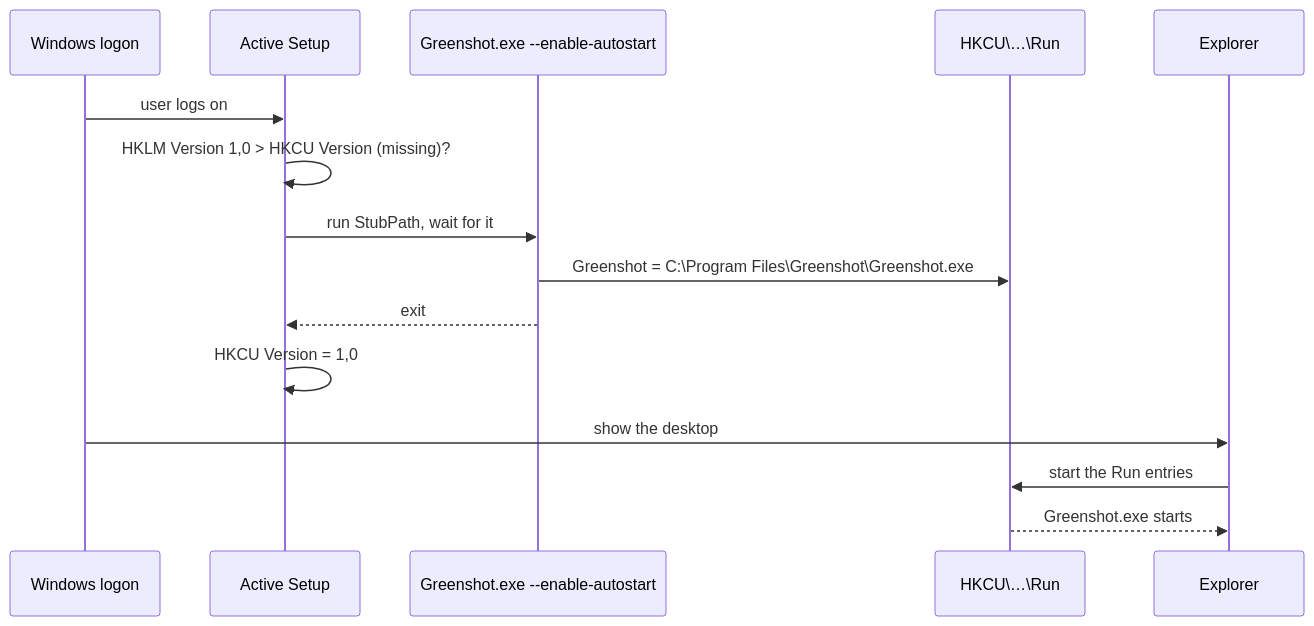
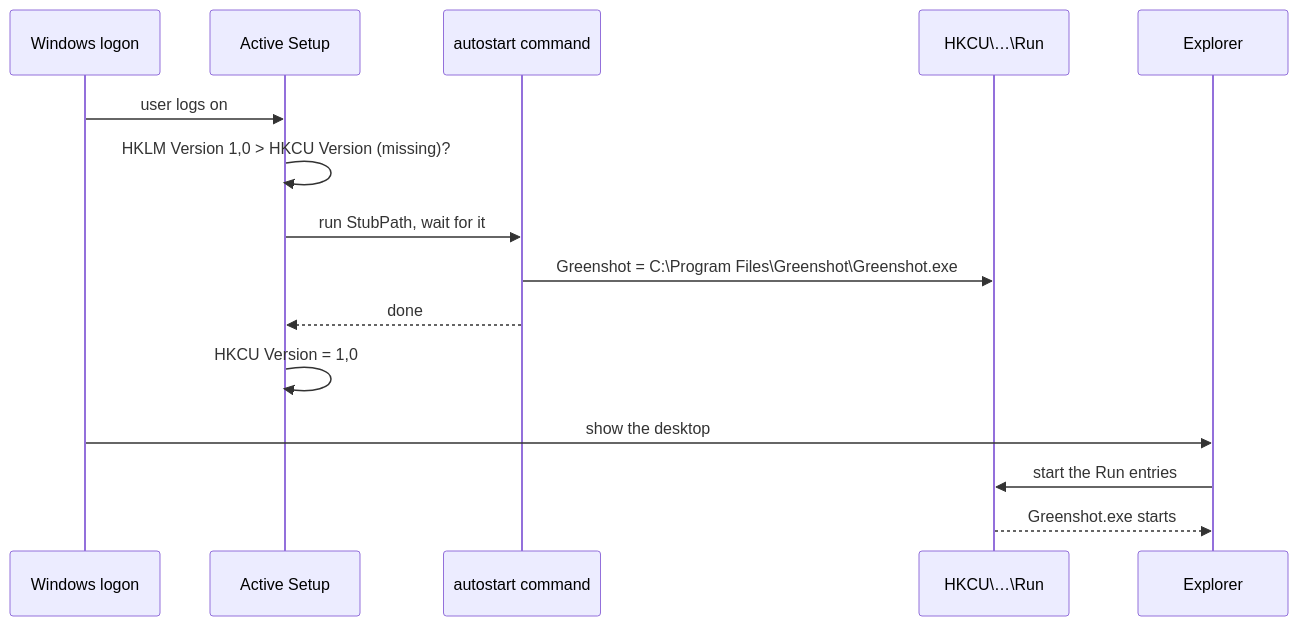
Before and after one commit to greenshot/greenshot: the third of 5 diagrams in docs/autostart.md, drawn with Mermaid. The commit also changed other lines of this file and 8 other files, not shown here.

First line of the commit message:
Write the start with Windows with an INF file instead of Greenshot.exe

````diff
--- a/docs/autostart.md
+++ b/docs/autostart.md
@@ -125,17 +130,17 @@
 ```mermaid
 sequenceDiagram
     participant W as Windows logon
     participant AS as Active Setup
-    participant G as Greenshot.exe --enable-autostart
+    participant C as autostart command
     participant R as HKCU\…\Run
     participant E as Explorer
     W->>AS: user logs on
     AS->>AS: HKLM Version 1,0 > HKCU Version (missing)?
-    AS->>G: run StubPath, wait for it
-    G->>R: Greenshot = C:\Program Files\Greenshot\Greenshot.exe
-    G-->>AS: exit
+    AS->>C: run StubPath, wait for it
+    C->>R: Greenshot = C:\Program Files\Greenshot\Greenshot.exe
+    C-->>AS: done
     AS->>AS: HKCU Version = 1,0
     W->>E: show the desktop
     E->>R: start the Run entries
     R-->>E: Greenshot.exe starts
 ```
````
